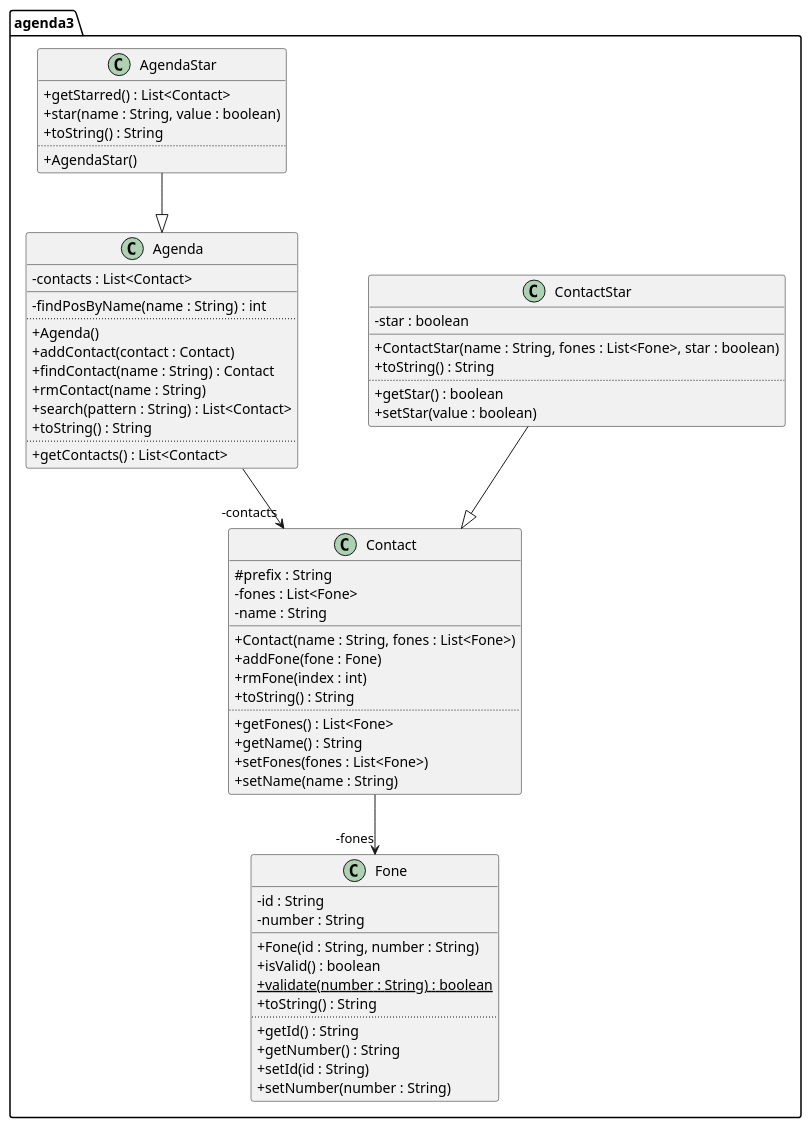
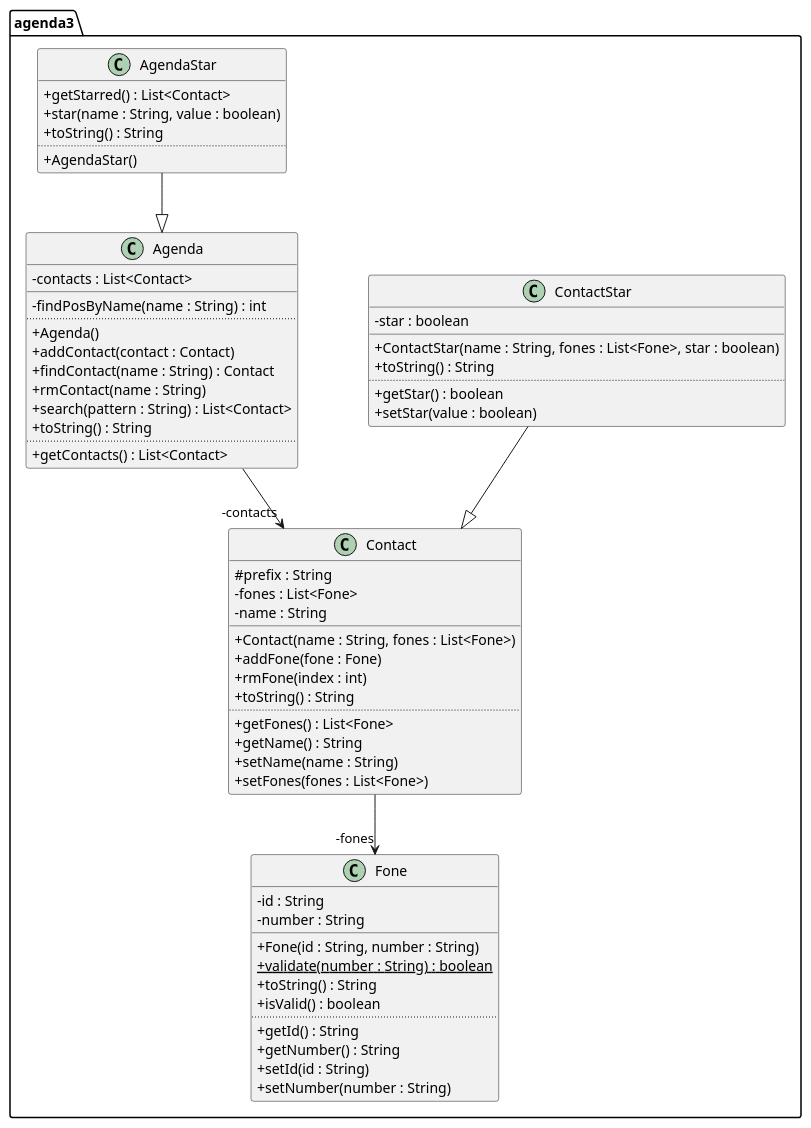
Before and after one commit to Atilio-Luiz/poo_redes_2021: the diagram in trabalhos/09_1/diagrama.wsd, drawn with PlantUML. The commit also changed 3 other files, not shown here.

```diff
--- a/trabalhos/09_1/diagrama.wsd
+++ b/trabalhos/09_1/diagrama.wsd
@@ -1,73 +1,73 @@
 @startuml diagrama
 '!theme resume-light
 skinparam classAttributeIconSize 0
 hide empty methods
 hide empty attributes
 skinparam nodesep 70
 skinparam ranksep 60
 package agenda3 {
 class Agenda {
     - contacts : List<Contact>
     __
     - findPosByName(name : String) : int
     ..
     + Agenda()
     + addContact(contact : Contact)
     + findContact(name : String) : Contact 
     + rmContact(name : String)
     + search(pattern : String) : List<Contact>
     + toString() : String 
     ..
     + getContacts() : List<Contact>
 }
 class Contact {
     # prefix : String 
     - fones : List<Fone>
     - name : String 
     __
     + Contact(name : String, fones : List<Fone>)
     + addFone(fone : Fone) 
     + rmFone(index : int)
     + toString() : String 
     ..
     + getFones() : List<Fone> 
     + getName() : String 
+    + setName(name : String)
     + setFones(fones : List<Fone>)
-    + setName(name : String)
 }
 class Fone {
     - id : String 
     - number : String 
     __
-    + Fone(id : String, number : String)
-    + isValid() : boolean 
+    + Fone(id : String, number : String) 
     + {static} validate(number : String) : boolean 
     + toString() : String
+    + isValid() : boolean
     ..
     + getId() : String 
     + getNumber() : String 
     + setId(id : String)
     + setNumber(number : String)
 }
 class ContactStar {
     - star : boolean
     __
     + ContactStar(name : String, fones : List<Fone>, star : boolean)
     + toString() : String 
     ..
     + getStar() : boolean 
     +setStar(value : boolean)
 }
 class AgendaStar {
     + getStarred() : List<Contact>
     + star(name : String, value : boolean)
     + toString() : String 
     ..
     + AgendaStar()
 }
 Agenda --> "-contacts" Contact
 Contact --> "-fones" Fone 
 ContactStar --|> Contact
 AgendaStar --|> Agenda
 }
 @enduml
```
